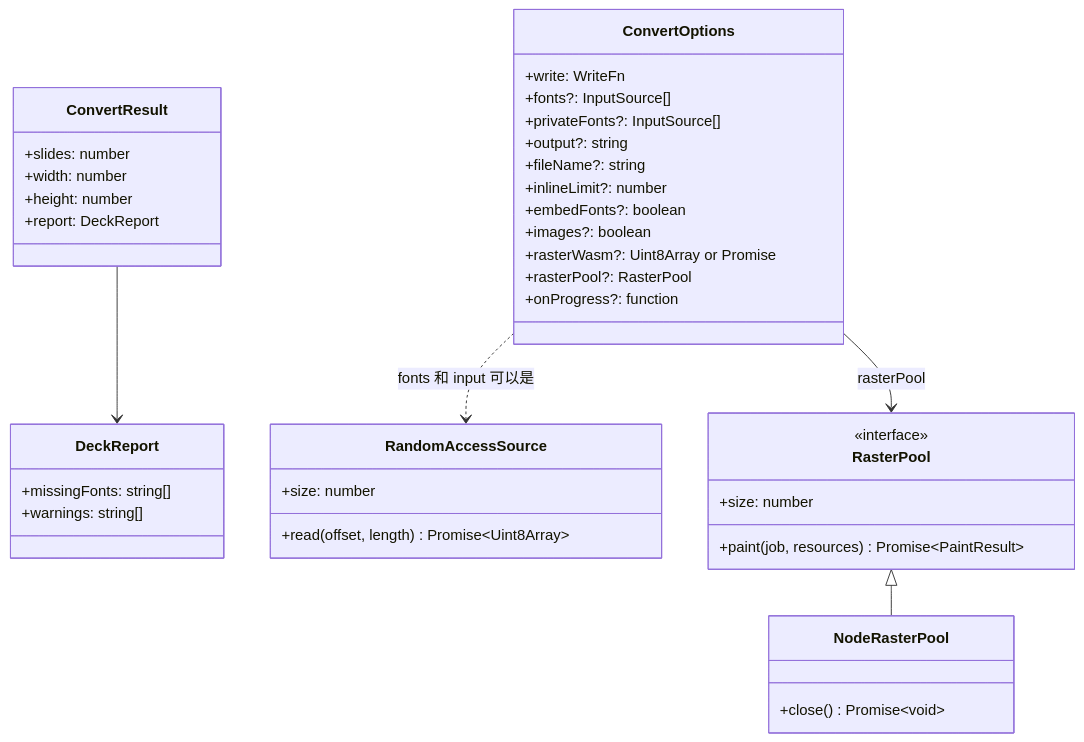
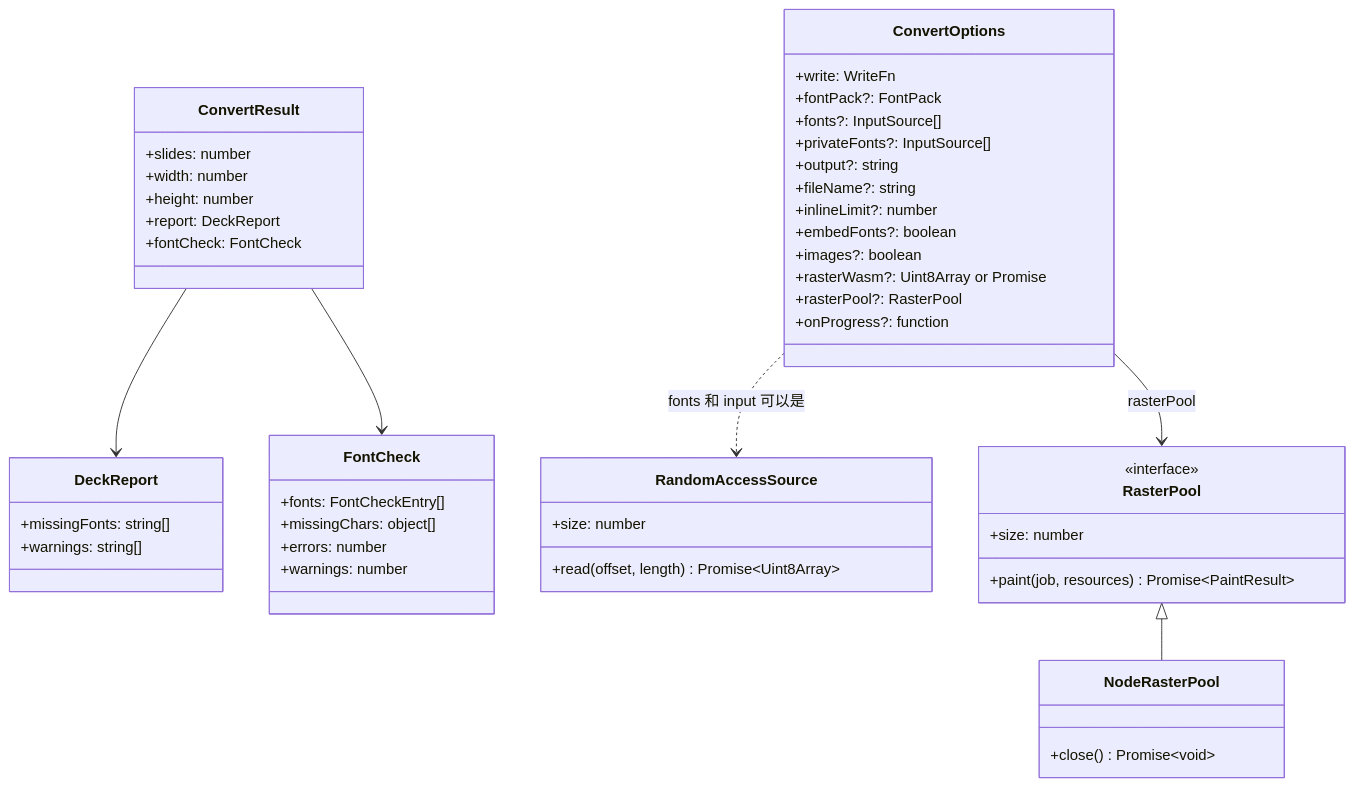
One commit to spitmaster/unppt changed the second of 5 diagrams in docs/zh/usage.md. Above: the diagram before and after it, drawn with Mermaid. The commit also changed other lines of this file and 15 other files, not shown here.

````diff
--- a/docs/zh/usage.md
+++ b/docs/zh/usage.md
@@ -137,42 +170,51 @@
 ```mermaid
 classDiagram
   class ConvertOptions {
     +write: WriteFn
+    +fontPack?: FontPack
     +fonts?: InputSource[]
     +privateFonts?: InputSource[]
     +output?: string
     +fileName?: string
     +inlineLimit?: number
     +embedFonts?: boolean
     +images?: boolean
     +rasterWasm?: Uint8Array or Promise
     +rasterPool?: RasterPool
     +onProgress?: function
   }
   class ConvertResult {
     +slides: number
     +width: number
     +height: number
     +report: DeckReport
+    +fontCheck: FontCheck
   }
   class DeckReport {
     +missingFonts: string[]
     +warnings: string[]
+  }
+  class FontCheck {
+    +fonts: FontCheckEntry[]
+    +missingChars: object[]
+    +errors: number
+    +warnings: number
   }
   class RandomAccessSource {
     +size: number
     +read(offset, length) Promise~Uint8Array~
   }
   class RasterPool {
     <<interface>>
     +size: number
     +paint(job, resources) Promise~PaintResult~
   }
   class NodeRasterPool {
     +close() Promise~void~
   }
   ConvertResult --> DeckReport
+  ConvertResult --> FontCheck
   ConvertOptions ..> RandomAccessSource : fonts 和 input 可以是
   ConvertOptions --> RasterPool : rasterPool
   RasterPool <|-- NodeRasterPool
 ```
````
